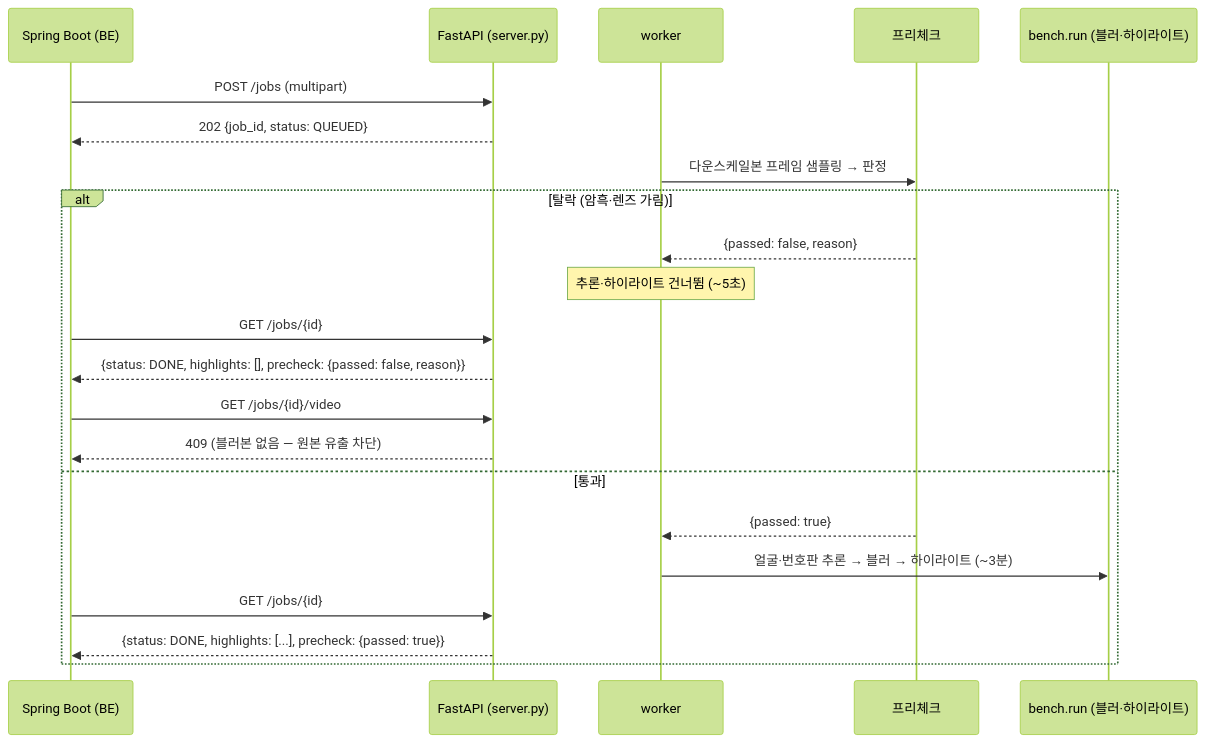
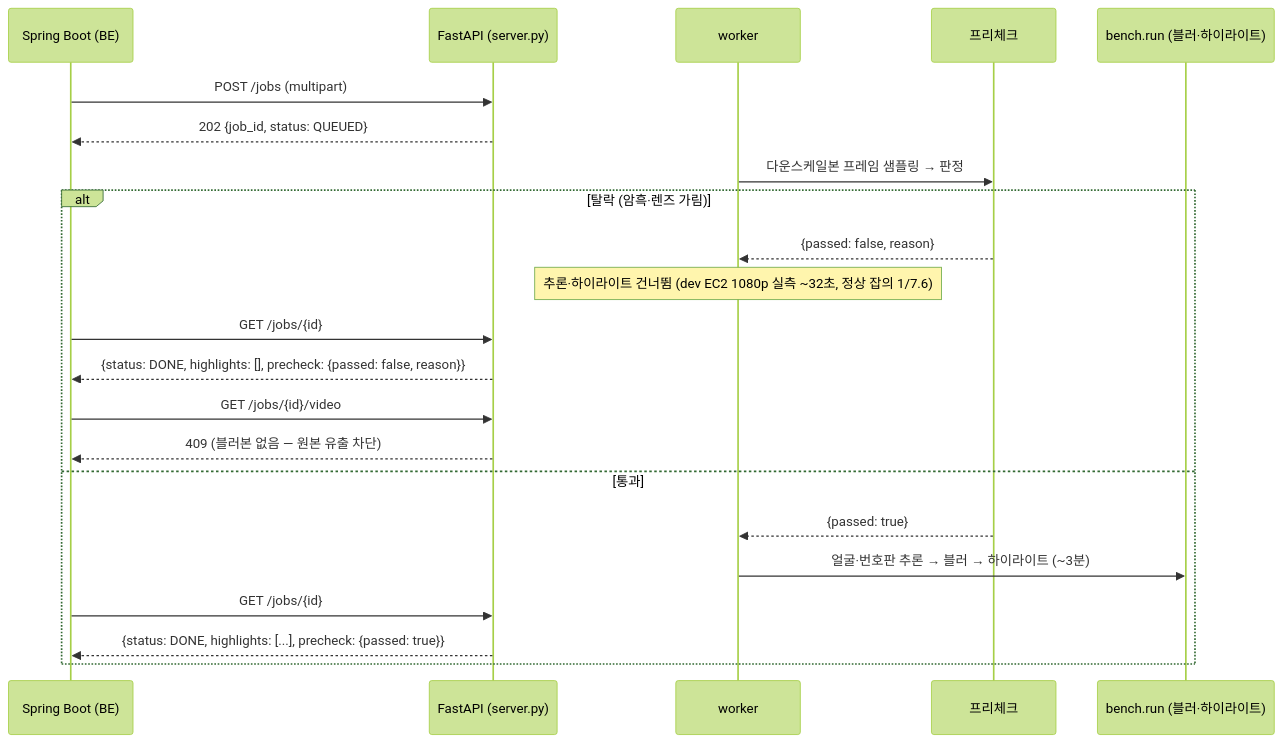
The diagram in docs/prd/MSG-284-prd.md (ASM-MSG/AI), drawn with Mermaid (forest theme) before and after one commit. The commit also changed other lines of this file and 5 other files, not shown here.

````diff
--- a/docs/prd/MSG-284-prd.md
+++ b/docs/prd/MSG-284-prd.md
@@ -71,26 +73,26 @@
 ```mermaid
 sequenceDiagram
     participant BE as Spring Boot (BE)
     participant API as FastAPI (server.py)
     participant W as worker
     participant PC as 프리체크
     participant P as bench.run (블러·하이라이트)
 
     BE->>API: POST /jobs (multipart)
     API-->>BE: 202 {job_id, status: QUEUED}
 
     W->>PC: 다운스케일본 프레임 샘플링 → 판정
     alt 탈락 (암흑·렌즈 가림)
         PC-->>W: {passed: false, reason}
-        Note over W: 추론·하이라이트 건너뜀 (~5초)
+        Note over W: 추론·하이라이트 건너뜀 (dev EC2 1080p 실측 ~32초, 정상 잡의 1/7.6)
         BE->>API: GET /jobs/{id}
         API-->>BE: {status: DONE, highlights: [], precheck: {passed: false, reason}}
         BE->>API: GET /jobs/{id}/video
         API-->>BE: 409 (블러본 없음 — 원본 유출 차단)
     else 통과
         PC-->>W: {passed: true}
         W->>P: 얼굴·번호판 추론 → 블러 → 하이라이트 (~3분)
         BE->>API: GET /jobs/{id}
         API-->>BE: {status: DONE, highlights: [...], precheck: {passed: true}}
     end
 ```
````
